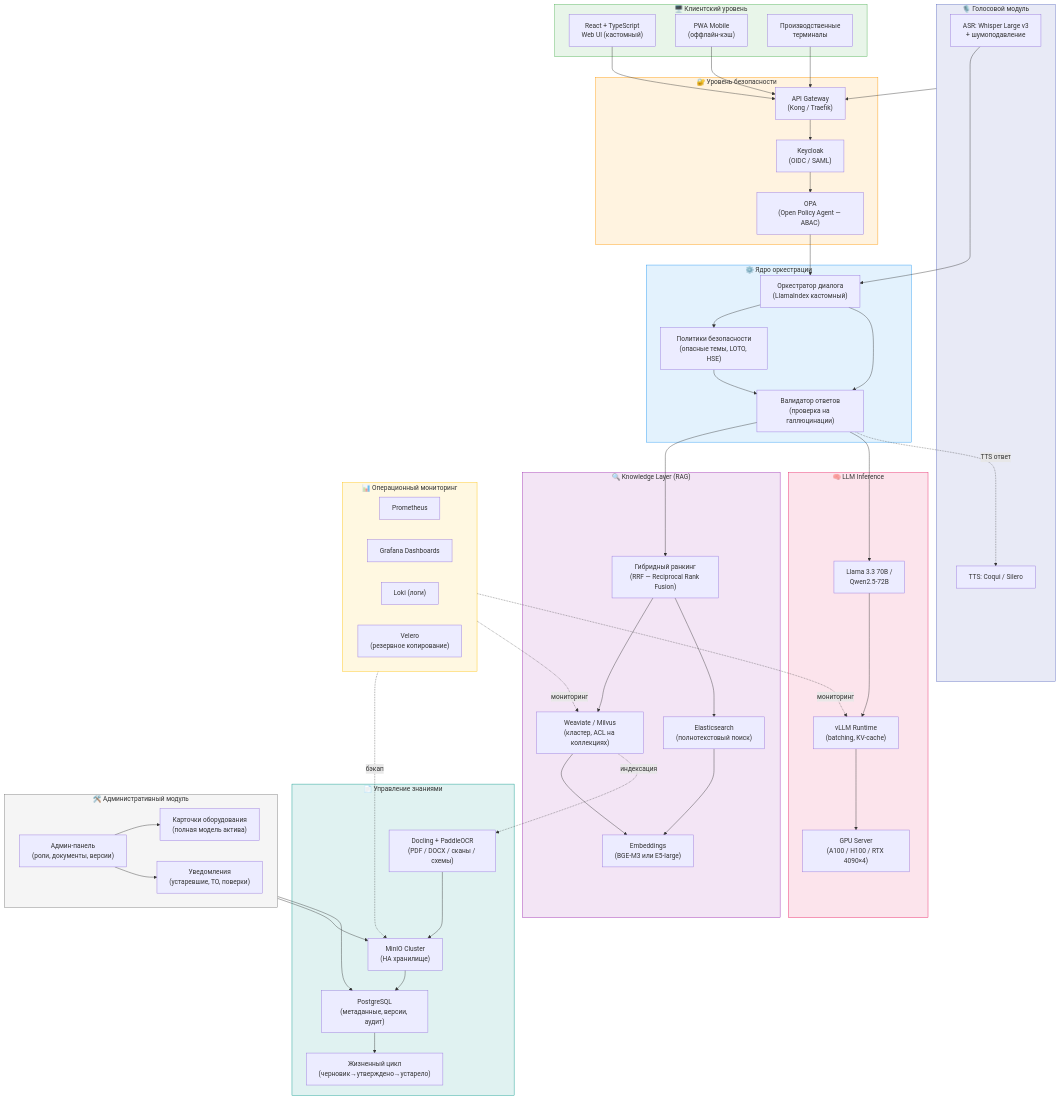
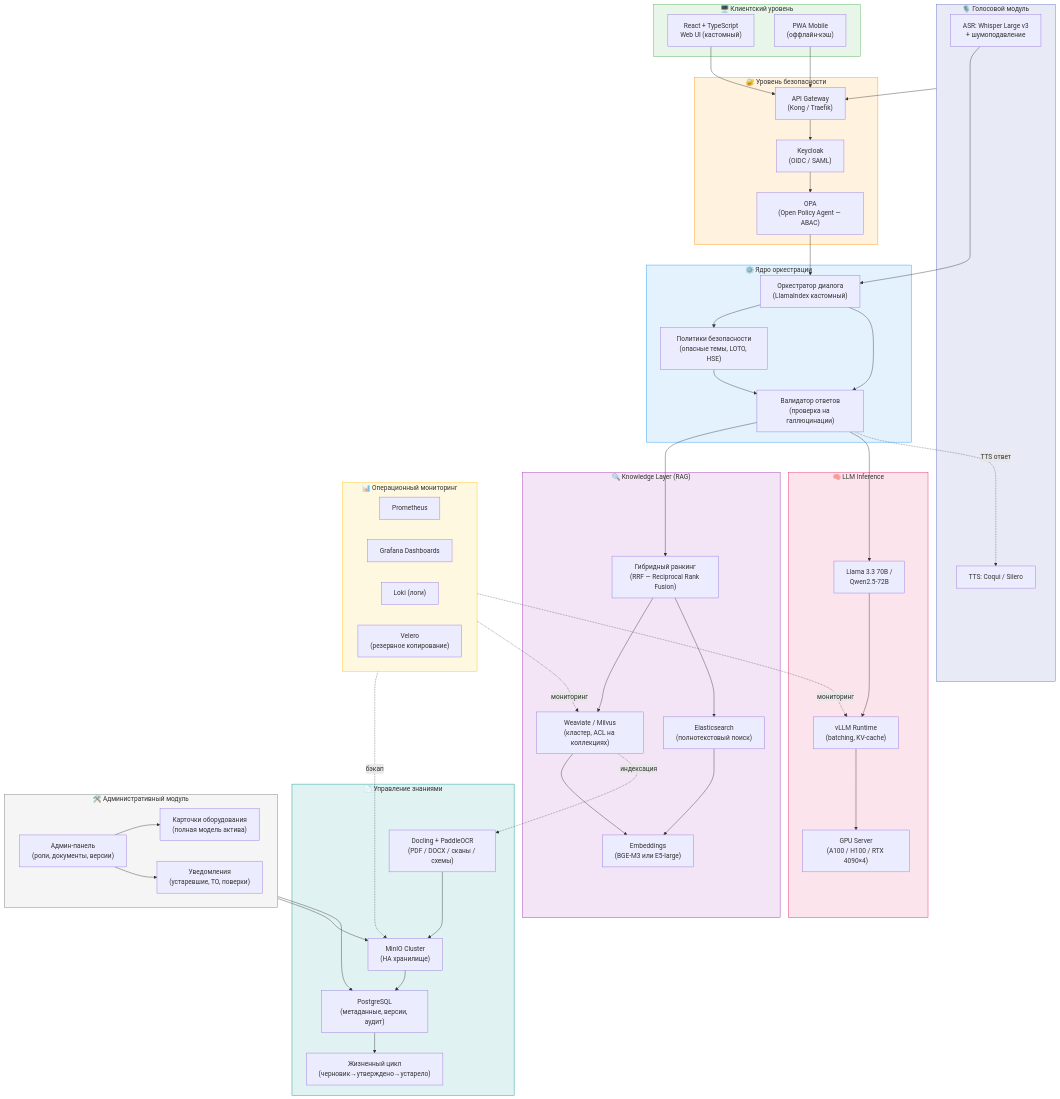
The seventh of 10 diagrams in review.md (anatolyshipitsyn/gaz), drawn with Mermaid before and after one commit. The commit also changed other lines of this file, not shown here.

```diff
--- a/review.md
+++ b/review.md
@@ -569,7 +567,6 @@
     subgraph CLIENT["🖥️ Клиентский уровень"]
         WEB["React + TypeScript\nWeb UI (кастомный)"]
         MOB["PWA Mobile\n(оффлайн-кэш)"]
-        TERM["Производственные\nтерминалы"]
     end
 
     subgraph VOICE["🎙️ Голосовой модуль"]
@@ -622,7 +619,7 @@
         VELERO["Velero\n(резервное копирование)"]
     end
 
-    WEB & MOB & TERM --> KONG
+    WEB & MOB --> KONG
     VOICE --> KONG
     ASR --> ORCH
     KONG --> KC
```
